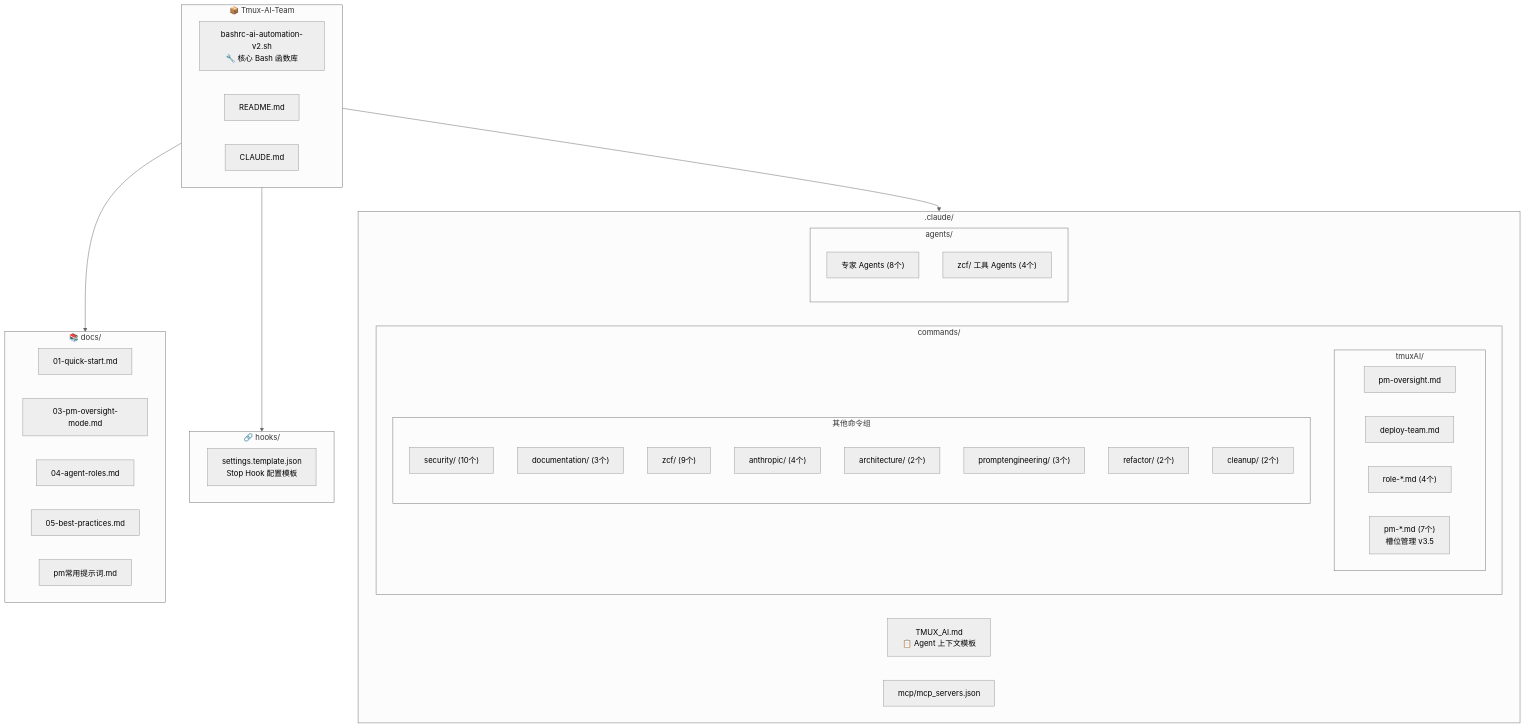
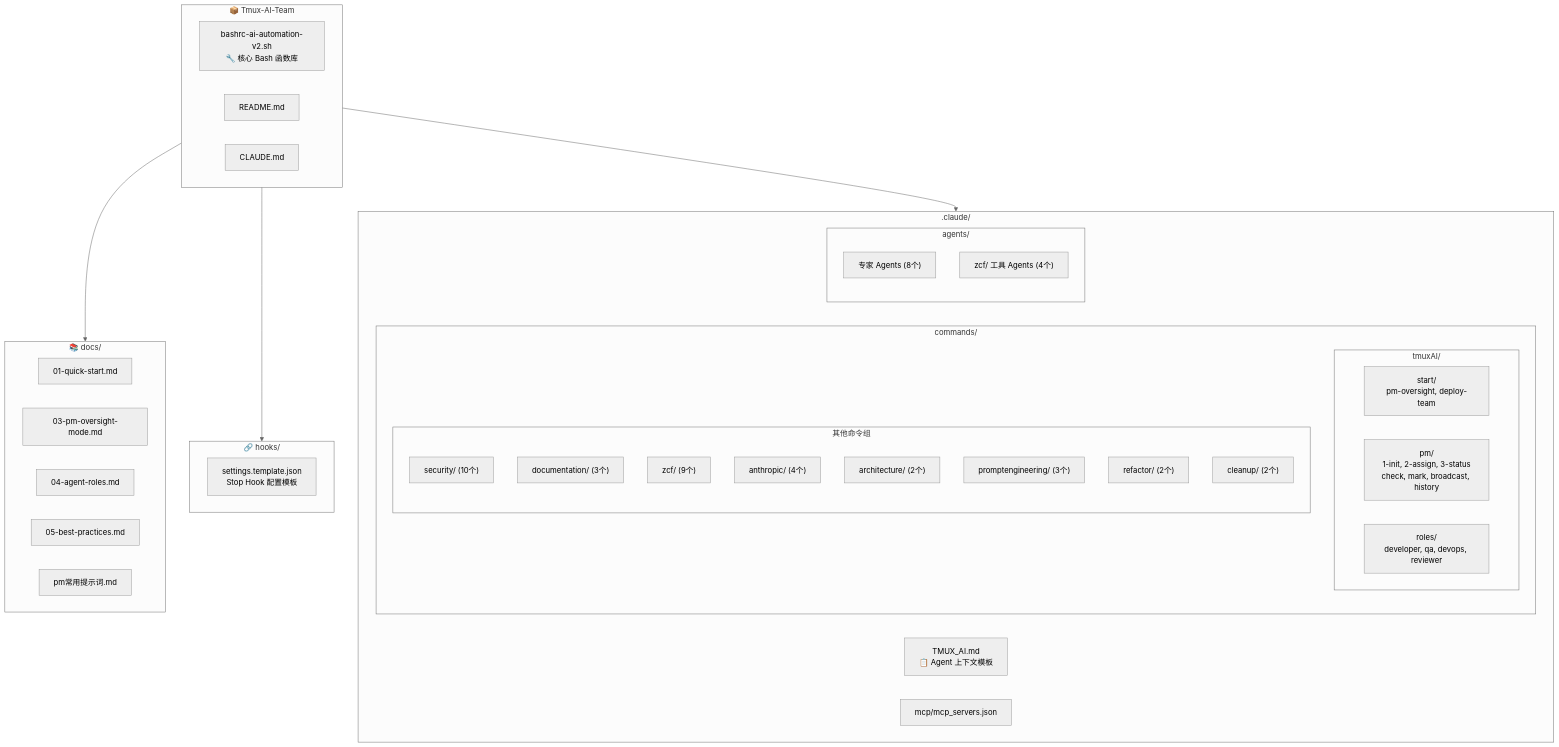
One commit to coolwoo/Tmux-AI-Team changed the first of 4 diagrams in CLAUDE.md. Above: the diagram before and after it, drawn with Mermaid (neutral theme). The commit also changed other lines of this file and 28 other files, not shown here.

````diff
--- a/CLAUDE.md
+++ b/CLAUDE.md
@@ -23,54 +30,53 @@
 ```mermaid
 graph TB
     subgraph Root["📦 Tmux-AI-Team"]
         CORE["bashrc-ai-automation-v2.sh<br/>🔧 核心 Bash 函数库"]
         README["README.md"]
         CLAUDE["CLAUDE.md"]
     end
 
     subgraph Docs["📚 docs/"]
         D01["01-quick-start.md"]
         D03["03-pm-oversight-mode.md"]
         D04["04-agent-roles.md"]
         D05["05-best-practices.md"]
         D_PM["pm常用提示词.md"]
     end
 
     subgraph Hooks["🔗 hooks/"]
         HOOK_TEMPLATE["settings.template.json<br/>Stop Hook 配置模板"]
     end
 
     subgraph Claude[".claude/"]
         TMUX_AI["TMUX_AI.md<br/>📋 Agent 上下文模板"]
 
         subgraph Commands["commands/"]
             subgraph TmuxAI["tmuxAI/"]
-                PM["pm-oversight.md"]
-                DEPLOY["deploy-team.md"]
-                ROLES["role-*.md (4个)"]
-                PMSLOTS["pm-*.md (7个)<br/>槽位管理 v3.5"]
+                START["start/<br/>pm-oversight, deploy-team"]
+                PM["pm/<br/>1-init, 2-assign, 3-status<br/>check, mark, broadcast, history"]
+                ROLES["roles/<br/>developer, qa, devops, reviewer"]
             end
             subgraph Other["其他命令组"]
                 SECURITY["security/ (10个)"]
                 DOC["documentation/ (3个)"]
                 ZCF["zcf/ (9个)"]
                 ANTHRO["anthropic/ (4个)"]
                 ARCH["architecture/ (2个)"]
                 PROMPTENG["promptengineering/ (3个)"]
                 REFACTOR["refactor/ (2个)"]
                 CLEANUP["cleanup/ (2个)"]
             end
         end
 
         subgraph Agents["agents/"]
             AGENT1["专家 Agents (8个)"]
             AGENT_ZCF["zcf/ 工具 Agents (4个)"]
         end
 
         MCP["mcp/mcp_servers.json"]
     end
 
     Root --> Docs
     Root --> Hooks
     Root --> Claude
 ```
````
